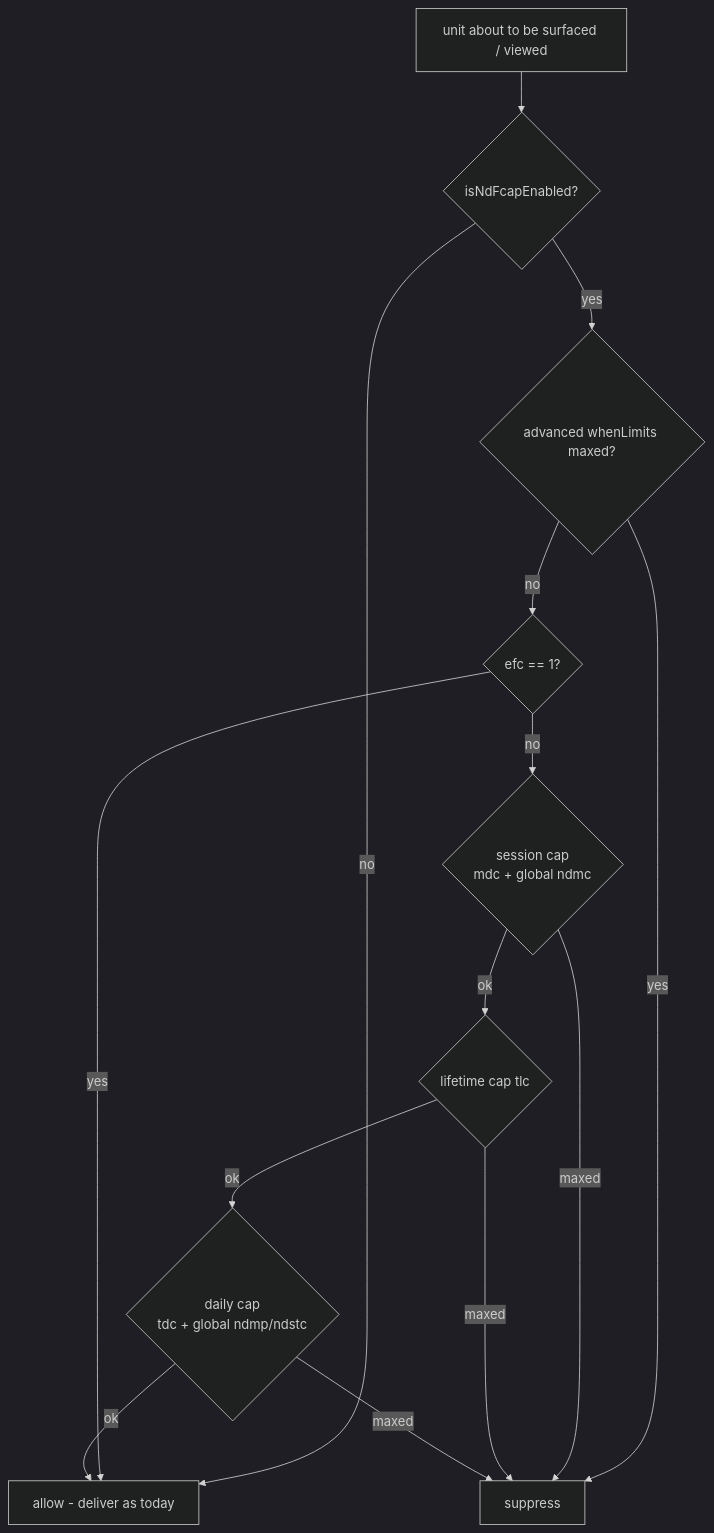
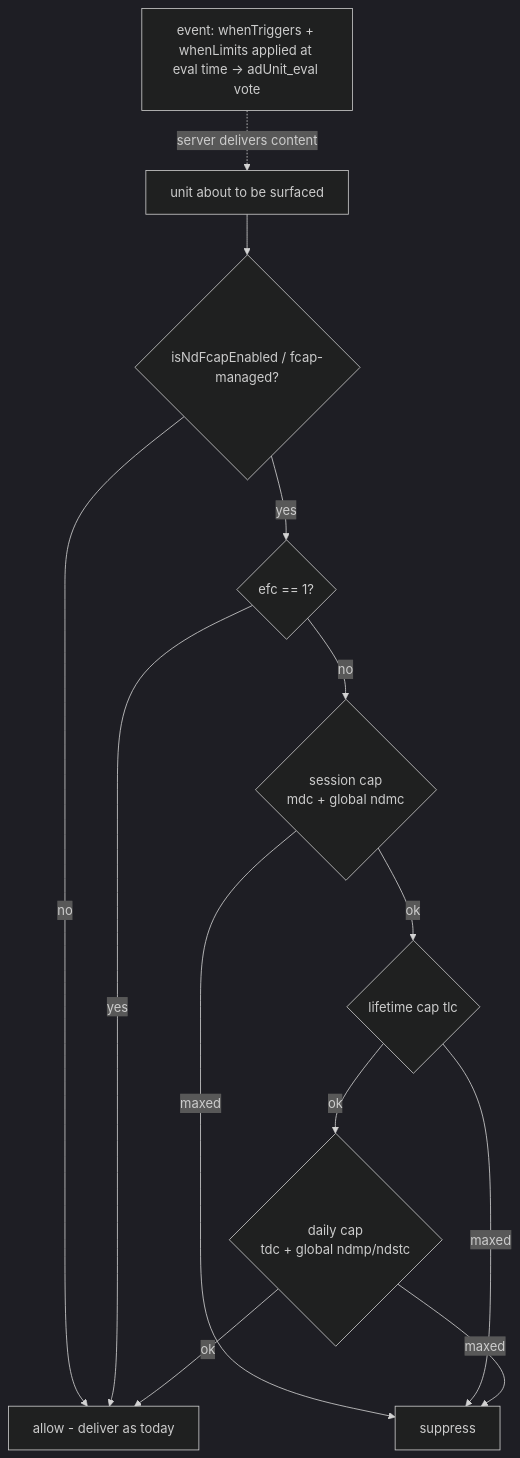
One commit to CleverTap/clevertap-android-sdk changed the third of 3 diagrams in docs/NativeDisplayFrequencyCaps.md. Above: the diagram before and after it, drawn with Mermaid (dark theme). The commit also changed other lines of this file, not shown here.

First line of the commit message:
SDK-6065 [Android][ND] docs: clarify intentional no delivery-time whenLimits re-check

````diff
--- a/docs/NativeDisplayFrequencyCaps.md
+++ b/docs/NativeDisplayFrequencyCaps.md
@@ -255,16 +264,15 @@
 ```mermaid
 flowchart TD
-    A[unit about to be surfaced / viewed] --> M{isNdFcapEnabled?}
+    EV[event: whenTriggers + whenLimits applied at eval time -> adUnit_eval vote] -.server delivers content.-> A
+    A[unit about to be surfaced] --> M{isNdFcapEnabled / fcap-managed?}
     M -- no --> ALLOW[allow - deliver as today]
-    M -- yes --> B{advanced whenLimits maxed?}
-    B -- yes --> DENY[suppress]
-    B -- no --> C{efc == 1?}
+    M -- yes --> C{efc == 1?}
     C -- yes --> ALLOW
     C -- no --> D{session cap<br/>mdc + global ndmc}
-    D -- maxed --> DENY
+    D -- maxed --> DENY[suppress]
     D -- ok --> E{lifetime cap tlc}
     E -- maxed --> DENY
     E -- ok --> F{daily cap<br/>tdc + global ndmp/ndstc}
     F -- maxed --> DENY
     F -- ok --> ALLOW
 ```
````
